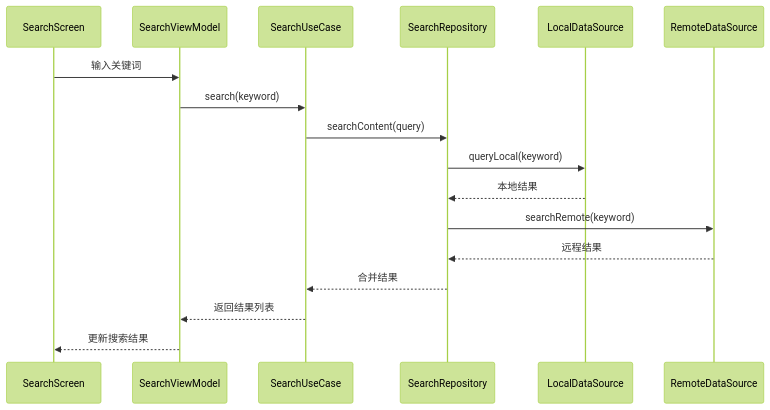
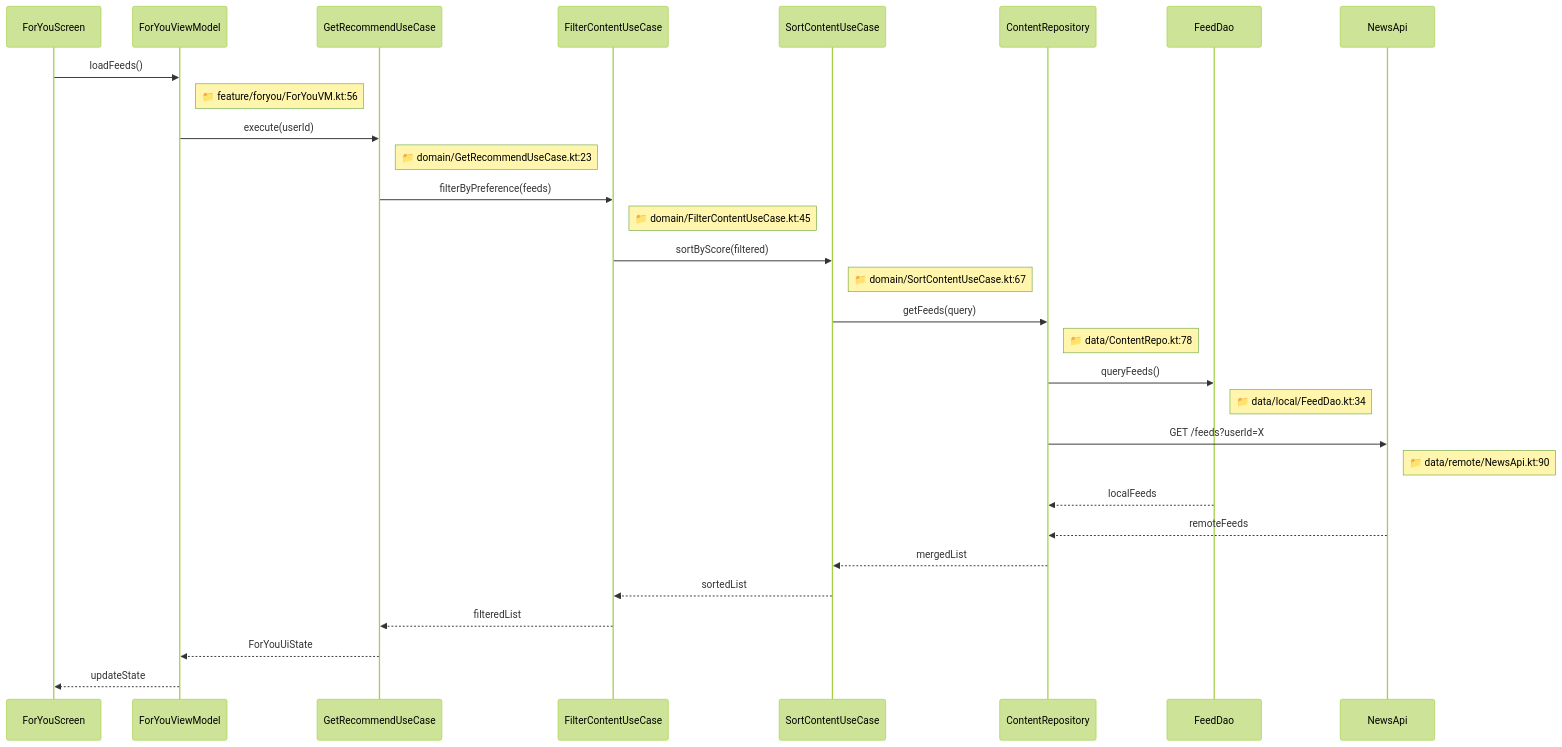
Before and after one commit to CaostGrace/project-arch-reverse: the seventh of 7 diagrams in references/android-template.md, drawn with Mermaid (forest theme). The commit also changed other lines of this file and 11 other files, not shown here.

Commit message:
feat: 为全部平台模板补充主要业务流程图章节，新增3072行代码示例，覆盖flutter/harmonyos/ios/java-backend/nodejs/react/vue七个平台，含Mermaid流程图、时序图、分层架构流程及业务流程汇总表

````diff
--- a/references/android-template.md
+++ b/references/android-template.md
@@ -245,20 +423,33 @@
 ```mermaid
 sequenceDiagram
-    participant UI as SearchScreen
-    participant VM as SearchViewModel
-    participant UC as SearchUseCase
-    participant Repo as SearchRepository
-    participant Local as LocalDataSource
-    participant Remote as RemoteDataSource
+    participant Screen as ForYouScreen
+    participant VM as ForYouViewModel
+    participant UseCase as GetRecommendUseCase
+    participant Filter as FilterContentUseCase
+    participant Sort as SortContentUseCase
+    participant Repo as ContentRepository
+    participant Local as FeedDao
+    participant Remote as NewsApi
 
-    UI->>VM: 输入关键词
-    VM->>UC: search(keyword)
-    UC->>Repo: searchContent(query)
-    Repo->>Local: queryLocal(keyword)
-    Local-->>Repo: 本地结果
-    Repo->>Remote: searchRemote(keyword)
-    Remote-->>Repo: 远程结果
-    Repo-->>UC: 合并结果
-    UC-->>VM: 返回结果列表
-    VM-->>UI: 更新搜索结果
+    Screen->>VM: loadFeeds()
+    Note right of VM: 📁 feature/foryou/ForYouVM.kt:56
+    VM->>UseCase: execute(userId)
+    Note right of UseCase: 📁 domain/GetRecommendUseCase.kt:23
+    UseCase->>Filter: filterByPreference(feeds)
+    Note right of Filter: 📁 domain/FilterContentUseCase.kt:45
+    Filter->>Sort: sortByScore(filtered)
+    Note right of Sort: 📁 domain/SortContentUseCase.kt:67
+    Sort->>Repo: getFeeds(query)
+    Note right of Repo: 📁 data/ContentRepo.kt:78
+    Repo->>Local: queryFeeds()
+    Note right of Local: 📁 data/local/FeedDao.kt:34
+    Repo->>Remote: GET /feeds?userId=X
+    Note right of Remote: 📁 data/remote/NewsApi.kt:90
+    Local-->>Repo: localFeeds
+    Remote-->>Repo: remoteFeeds
+    Repo-->>Sort: mergedList
+    Sort-->>Filter: sortedList
+    Filter-->>UseCase: filteredList
+    UseCase-->>VM: ForYouUiState
+    VM-->>Screen: updateState
 ```
````
